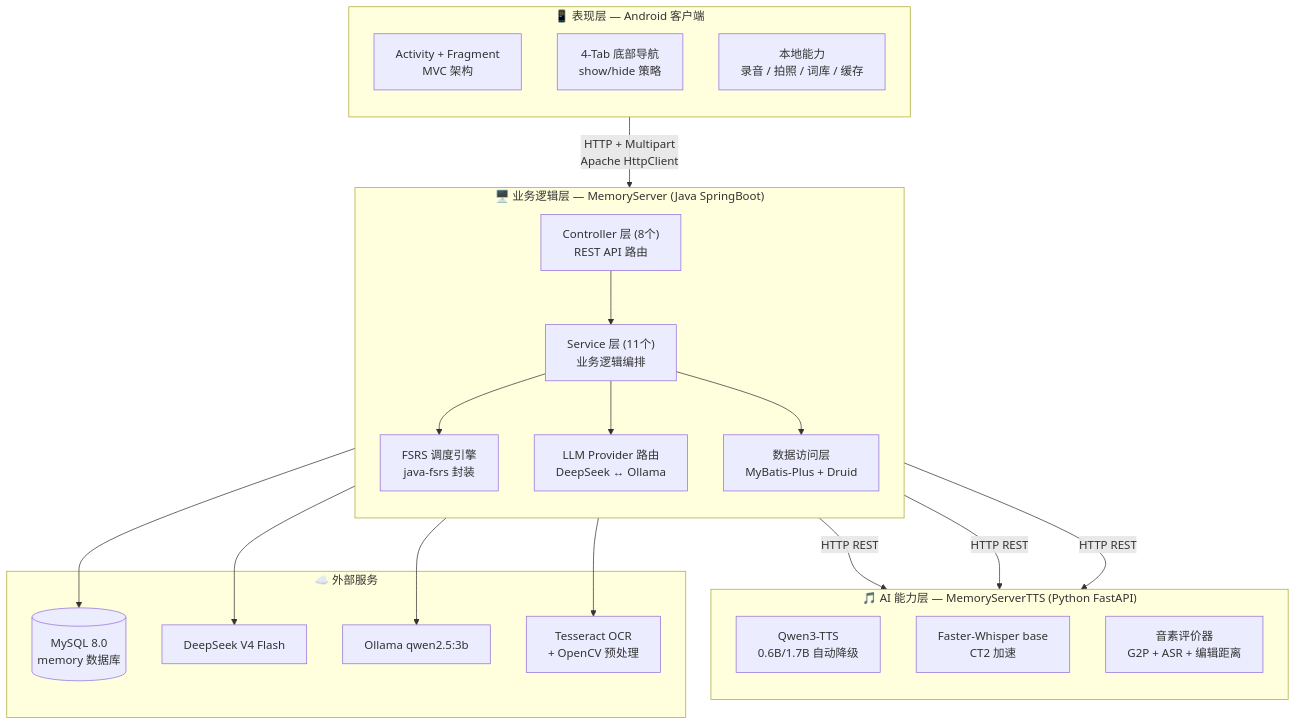
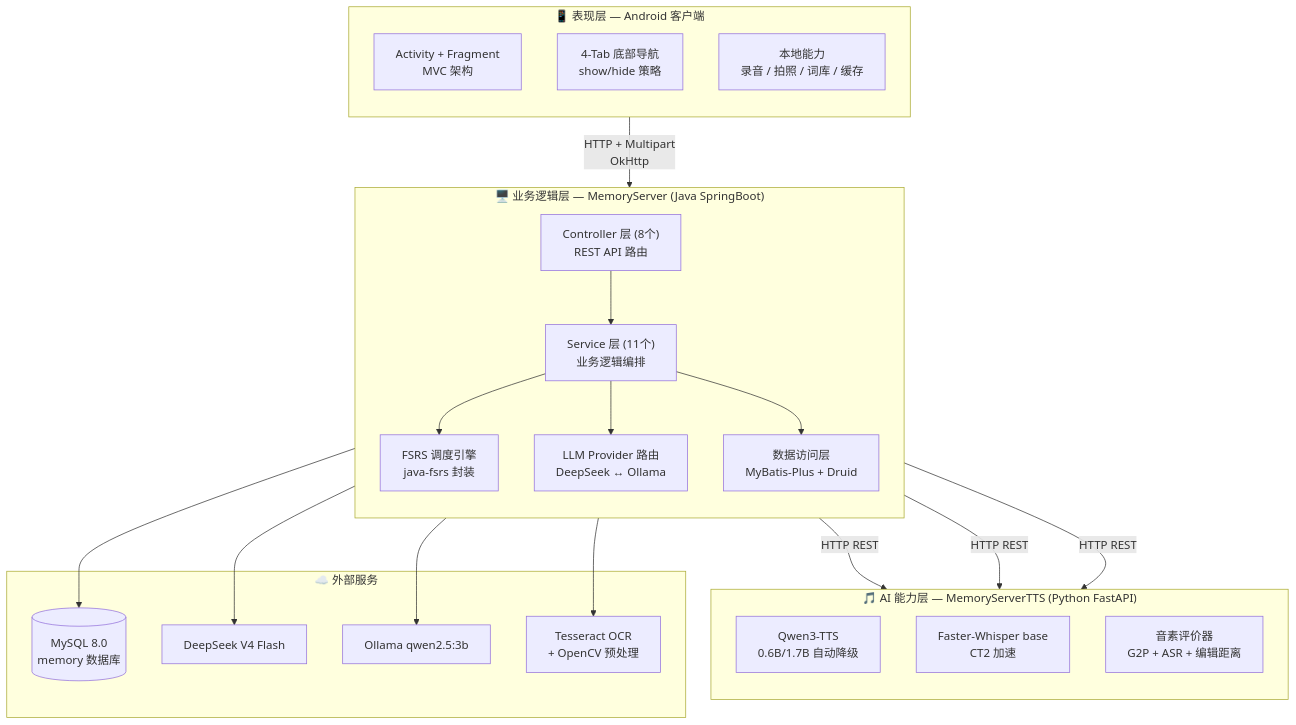
One commit to pudaa/Memory changed the third of 11 diagrams in docs/project-technical-documentation.md. Above: the diagram before and after it, drawn with Mermaid. The commit also changed other lines of this file and 51 other files, not shown here.

````diff
--- a/docs/project-technical-documentation.md
+++ b/docs/project-technical-documentation.md
@@ -199,45 +199,45 @@
 ```mermaid
 graph TB
     subgraph Client["📱 表现层 — Android 客户端"]
         direction TB
         UI_LAYER["Activity + Fragment<br/>MVC 架构"]
         NAV["4-Tab 底部导航<br/>show/hide 策略"]
         LOCAL["本地能力<br/>录音 / 拍照 / 词库 / 缓存"]
     end
 
     subgraph Server["🖥️ 业务逻辑层 — MemoryServer (Java SpringBoot)"]
         direction TB
         CTRL["Controller 层 (8个)<br/>REST API 路由"]
         SVC["Service 层 (11个)<br/>业务逻辑编排"]
         FSRS_ENGINE["FSRS 调度引擎<br/>java-fsrs 封装"]
         LLM["LLM Provider 路由<br/>DeepSeek ↔ Ollama"]
         DAL["数据访问层<br/>MyBatis-Plus + Druid"]
     end
 
     subgraph AI_Middle["🎵 AI 能力层 — MemoryServerTTS (Python FastAPI)"]
         direction TB
         TTS_ENGINE["Qwen3-TTS<br/>0.6B/1.7B 自动降级"]
         ASR_ENGINE["Faster-Whisper base<br/>CT2 加速"]
         PRON_ENGINE["音素评价器<br/>G2P + ASR + 编辑距离"]
     end
 
     subgraph External["☁️ 外部服务"]
         MYSQL[("MySQL 8.0<br/>memory 数据库")]
         DS_API["DeepSeek V4 Flash"]
         OLLAMA["Ollama qwen2.5:3b"]
         TESS["Tesseract OCR<br/>+ OpenCV 预处理"]
     end
 
-    UI_LAYER -->|"HTTP + Multipart<br/>Apache HttpClient"| CTRL
+    UI_LAYER -->|"HTTP + Multipart<br/>OkHttp"| CTRL
     CTRL --> SVC
     SVC --> FSRS_ENGINE
     SVC --> LLM
     SVC --> DAL
     SVC -->|"HTTP REST"| TTS_ENGINE
     SVC -->|"HTTP REST"| ASR_ENGINE
     SVC -->|"HTTP REST"| PRON_ENGINE
     DAL --> MYSQL
     LLM --> DS_API
     LLM --> OLLAMA
     SVC --> TESS
 ```
````
